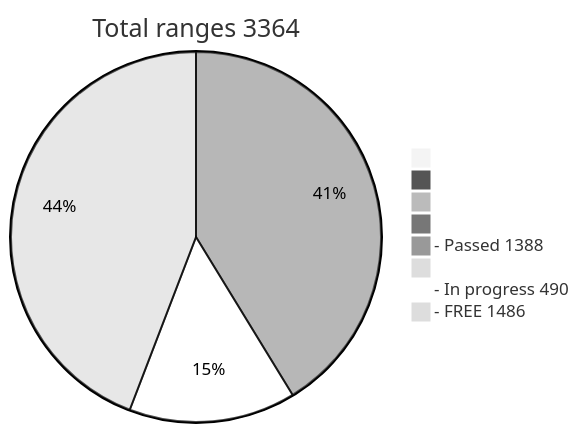
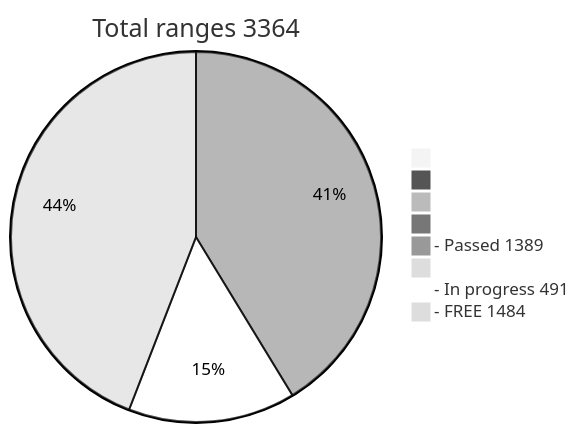
One commit to phrutis/wif500 changed the diagram in README.md. Above: the diagram before and after it, drawn with Mermaid (neutral theme).

````diff
--- a/README.md
+++ b/README.md
@@ -16,12 +16,12 @@
 ```mermaid
 pie title Total ranges 3364
              " " : 0
             "  " : 0
            "   " : 0
           "    " : 0
-  "- Passed 1388" : 1388
+  "- Passed 1389" : 1389
          "     " : 0
-  "- In progress 490" : 490
-   "- FREE 1486" : 1486
+  "- In progress 491" : 491
+   "- FREE 1484" : 1484
    
 ```
````
